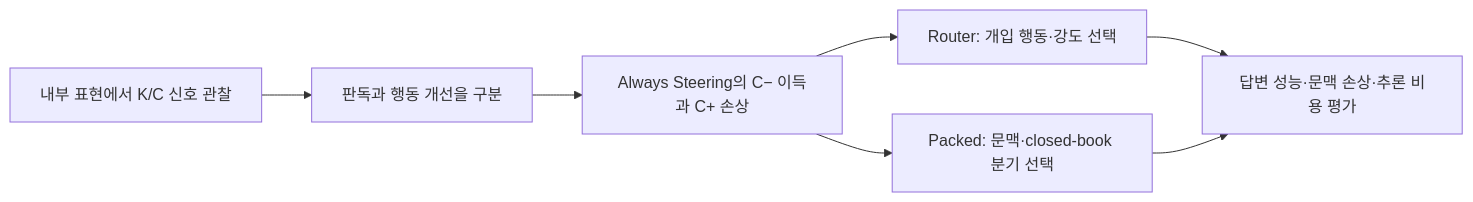
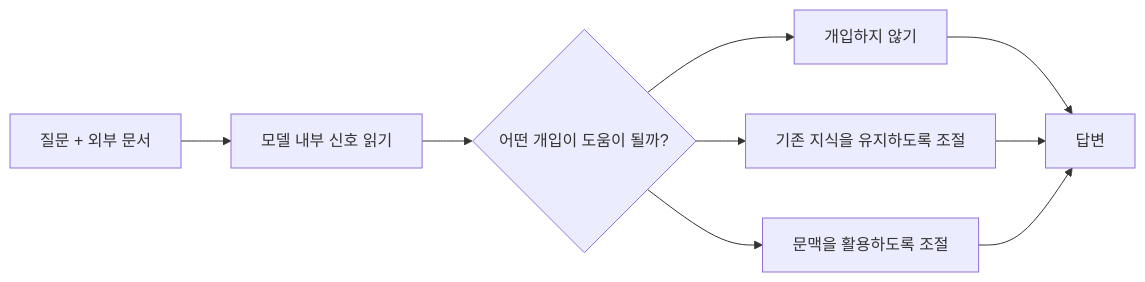
The diagram in README.md (Ontology0/Graduation-Project), drawn with Mermaid before and after one commit. The commit also changed other lines of this file and 16 other files, not shown here.

````diff
--- a/README.md
+++ b/README.md
@@ -54,9 +27,11 @@
 ```mermaid
 flowchart LR
-    A["내부 표현에서 K/C 신호 관찰"] --> B["판독과 행동 개선을 구분"]
-    B --> C["Always Steering의 C− 이득과 C+ 손상"]
-    C --> D["Router: 개입 행동·강도 선택"]
-    C --> E["Packed: 문맥·closed-book 분기 선택"]
-    D --> F["답변 성능·문맥 손상·추론 비용 평가"]
-    E --> F
+    A["질문 + 외부 문서"] --> B["모델 내부 신호 읽기"]
+    B --> C{"어떤 개입이 도움이 될까?"}
+    C --> D["개입하지 않기"]
+    C --> E["기존 지식을 유지하도록 조절"]
+    C --> F["문맥을 활용하도록 조절"]
+    D --> G["답변"]
+    E --> G
+    F --> G
 ```
````
